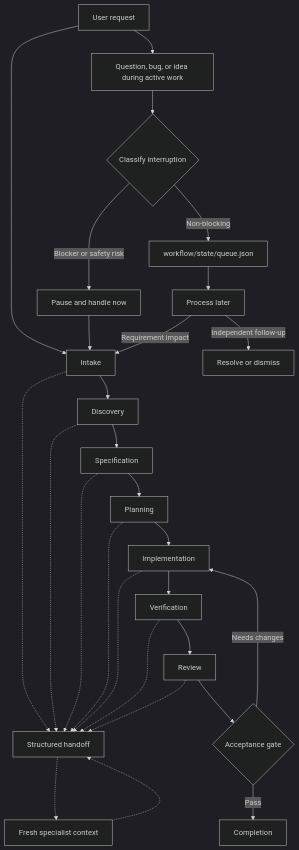
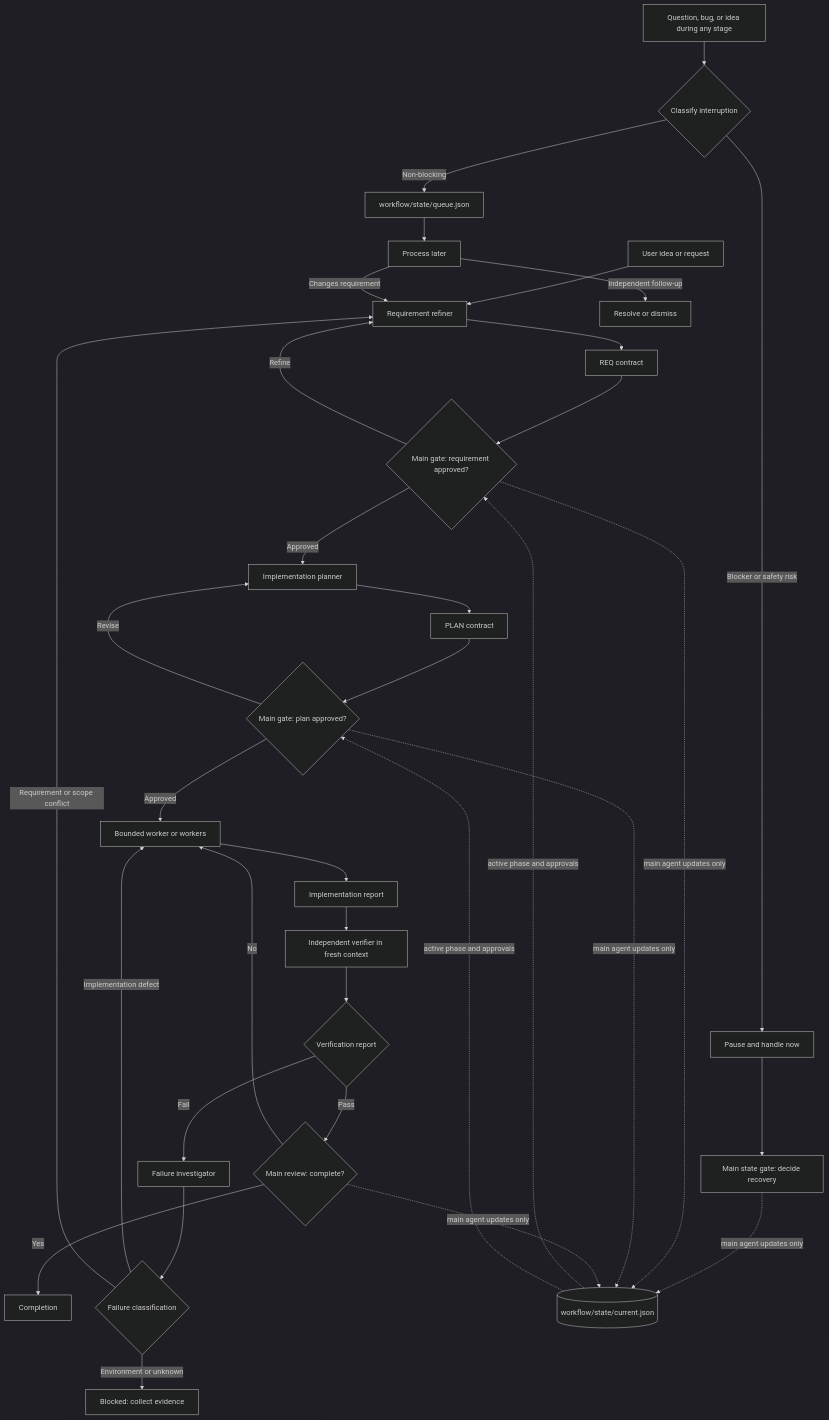
One commit to Kelvin0v0/skills changed the diagram in README.md. Above: the diagram before and after it, drawn with Mermaid (dark theme). The commit also changed other lines of this file and 23 other files, not shown here.

````diff
--- a/README.md
+++ b/README.md
@@ -9,32 +9,38 @@
 ```mermaid
 flowchart TD
-    U[User request] --> I[Intake]
-    I --> D[Discovery]
-    D --> S[Specification]
-    S --> P[Planning]
-    P --> M[Implementation]
-    M --> V[Verification]
-    V --> R[Review]
-    R --> G{Acceptance gate}
-    G -->|Pass| C[Completion]
-    G -->|Needs changes| M
+    U[User idea or request] --> RR[Requirement refiner]
+    RR --> REQ[REQ contract]
+    REQ --> RG{Main gate: requirement approved?}
+    RG -->|Refine| RR
+    RG -->|Approved| P[Implementation planner]
+    P --> PLAN[PLAN contract]
+    PLAN --> PG{Main gate: plan approved?}
+    PG -->|Revise| P
+    PG -->|Approved| W[Bounded worker or workers]
+    W --> IMP[Implementation report]
+    IMP --> V[Independent verifier in fresh context]
+    V --> VR{Verification report}
+    VR -->|Pass| CG{Main review: complete?}
+    CG -->|Yes| C[Completion]
+    CG -->|No| W
+    VR -->|Fail| FI[Failure investigator]
+    FI --> FC{Failure classification}
+    FC -->|Implementation defect| W
+    FC -->|Requirement or scope conflict| RR
+    FC -->|Environment or unknown| B[Blocked: collect evidence]
 
-    I -.-> H[Structured handoff]
-    D -.-> H
-    S -.-> H
-    P -.-> H
-    M -.-> H
-    V -.-> H
-    R -.-> H
-    H -.-> X[Fresh specialist context]
-    X -.-> H
-
-    U --> QI[Question, bug, or idea during active work]
-    QI --> Q{Classify interruption}
-    Q -->|Blocker or safety risk| B[Pause and handle now]
-    B --> I
+    QI[Question, bug, or idea during any stage] --> Q{Classify interruption}
+    Q -->|Blocker or safety risk| BI[Pause and handle now]
+    BI --> MG[Main state gate: decide recovery]
+    MG -. main agent updates only .-> ST
     Q -->|Non-blocking| QF[workflow/state/queue.json]
     QF --> L[Process later]
-    L -->|Requirement impact| I
+    L -->|Changes requirement| RR
     L -->|Independent follow-up| F[Resolve or dismiss]
+
+    ST[(workflow/state/current.json)] -. active phase and approvals .-> RG
+    ST -. active phase and approvals .-> PG
+    RG -. main agent updates only .-> ST
+    PG -. main agent updates only .-> ST
+    CG -. main agent updates only .-> ST
 ```
````
